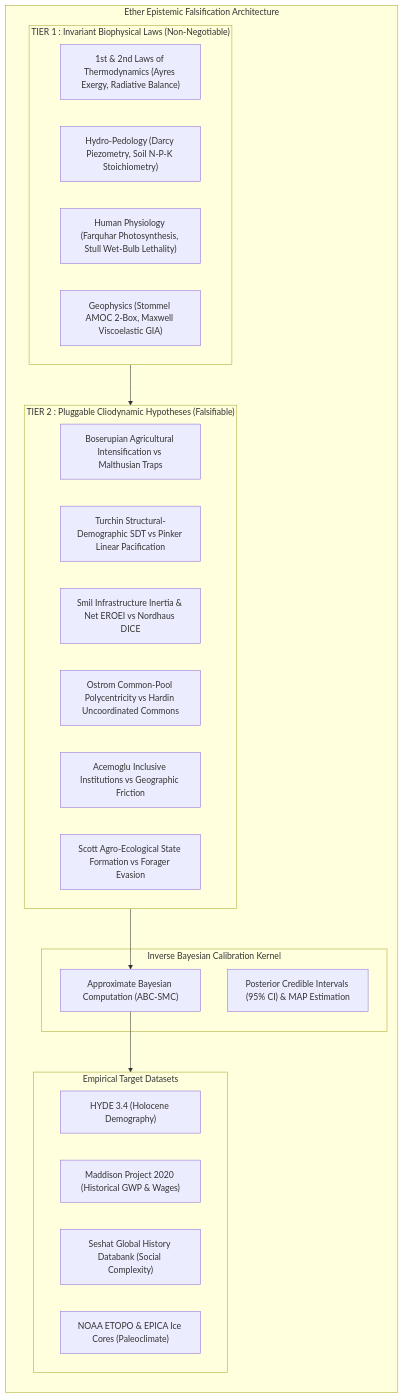
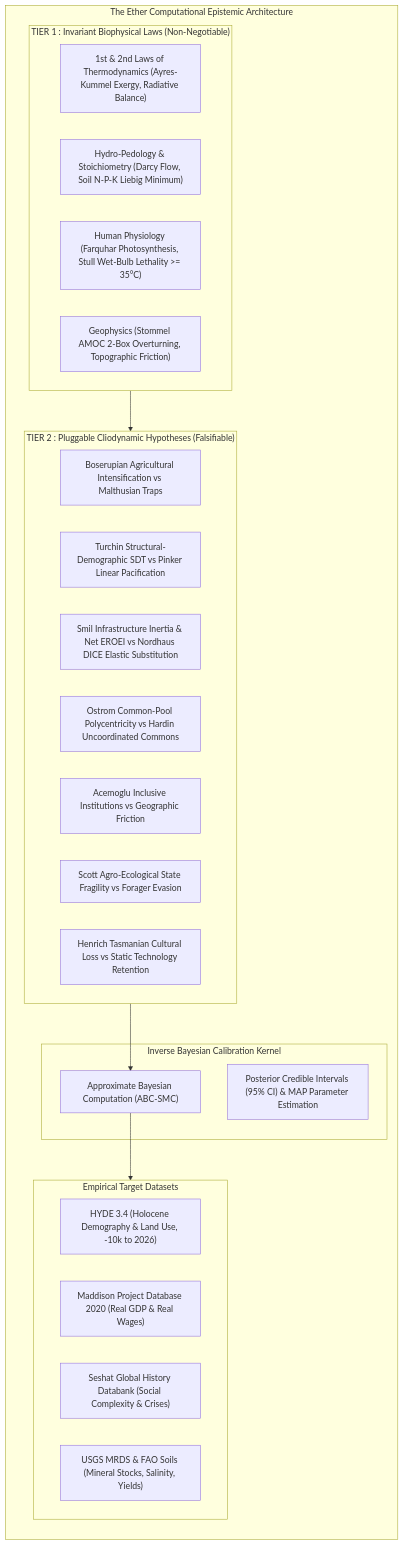
The diagram in docs/ACADEMIC_PAPER_PLANETARY_CLIODYNAMICS_FALSIFICATION.md (silveremartin-dev/Ether), drawn with Mermaid before and after one commit. The commit also changed other lines of this file, not shown here.

````diff
--- a/docs/ACADEMIC_PAPER_PLANETARY_CLIODYNAMICS_FALSIFICATION.md
+++ b/docs/ACADEMIC_PAPER_PLANETARY_CLIODYNAMICS_FALSIFICATION.md
@@ -30,37 +32,38 @@
 ```mermaid
 flowchart TD
-    subgraph EpistemicLab ["Ether Epistemic Falsification Architecture"]
+    subgraph EpistemicLab ["The Ether Computational Epistemic Architecture"]
         direction TB
         subgraph T1 ["TIER 1 : Invariant Biophysical Laws (Non-Negotiable)"]
-            T1_1["1st & 2nd Laws of Thermodynamics (Ayres Exergy, Radiative Balance)"]
-            T1_2["Hydro-Pedology (Darcy Piezometry, Soil N-P-K Stoichiometry)"]
-            T1_3["Human Physiology (Farquhar Photosynthesis, Stull Wet-Bulb Lethality)"]
-            T1_4["Geophysics (Stommel AMOC 2-Box, Maxwell Viscoelastic GIA)"]
+            T1_1["1st & 2nd Laws of Thermodynamics (Ayres-Kummel Exergy, Radiative Balance)"]
+            T1_2["Hydro-Pedology & Stoichiometry (Darcy Flow, Soil N-P-K Liebig Minimum)"]
+            T1_3["Human Physiology (Farquhar Photosynthesis, Stull Wet-Bulb Lethality >= 35°C)"]
+            T1_4["Geophysics (Stommel AMOC 2-Box Overturning, Topographic Friction)"]
         end
 
         subgraph T2 ["TIER 2 : Pluggable Cliodynamic Hypotheses (Falsifiable)"]
             T2_1["Boserupian Agricultural Intensification vs Malthusian Traps"]
             T2_2["Turchin Structural-Demographic SDT vs Pinker Linear Pacification"]
-            T2_3["Smil Infrastructure Inertia & Net EROEI vs Nordhaus DICE"]
+            T2_3["Smil Infrastructure Inertia & Net EROEI vs Nordhaus DICE Elastic Substitution"]
             T2_4["Ostrom Common-Pool Polycentricity vs Hardin Uncoordinated Commons"]
             T2_5["Acemoglu Inclusive Institutions vs Geographic Friction"]
-            T2_6["Scott Agro-Ecological State Formation vs Forager Evasion"]
+            T2_6["Scott Agro-Ecological State Fragility vs Forager Evasion"]
+            T2_7["Henrich Tasmanian Cultural Loss vs Static Technology Retention"]
         end
 
         subgraph InverseInference ["Inverse Bayesian Calibration Kernel"]
             ABC["Approximate Bayesian Computation (ABC-SMC)"]
-            MCMC["Posterior Credible Intervals (95% CI) & MAP Estimation"]
+            MCMC["Posterior Credible Intervals (95% CI) & MAP Parameter Estimation"]
         end
 
         subgraph Benchmarks ["Empirical Target Datasets"]
-            B1["HYDE 3.4 (Holocene Demography)"]
-            B2["Maddison Project 2020 (Historical GWP & Wages)"]
-            B3["Seshat Global History Databank (Social Complexity)"]
-            B4["NOAA ETOPO & EPICA Ice Cores (Paleoclimate)"]
+            B1["HYDE 3.4 (Holocene Demography & Land Use, -10k to 2026)"]
+            B2["Maddison Project Database 2020 (Real GDP & Real Wages)"]
+            B3["Seshat Global History Databank (Social Complexity & Crises)"]
+            B4["USGS MRDS & FAO Soils (Mineral Stocks, Salinity, Yields)"]
         end
 
         T1 --> T2
         T2 --> ABC
         ABC --> Benchmarks
     end
 ```
````
